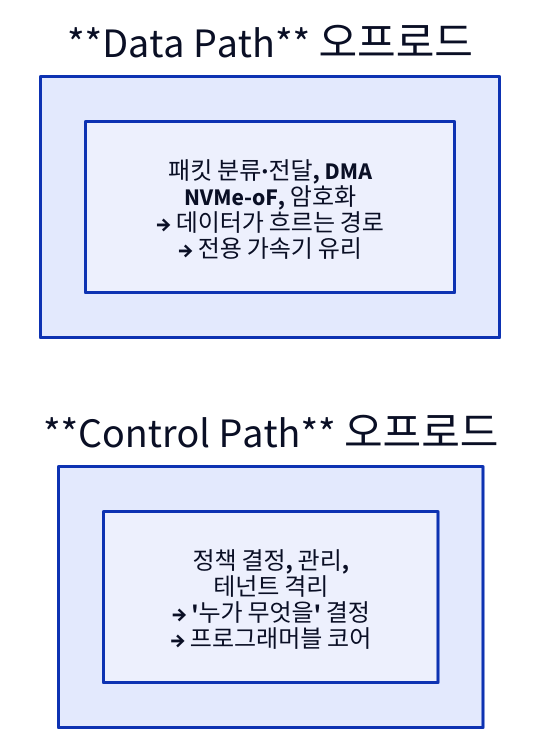
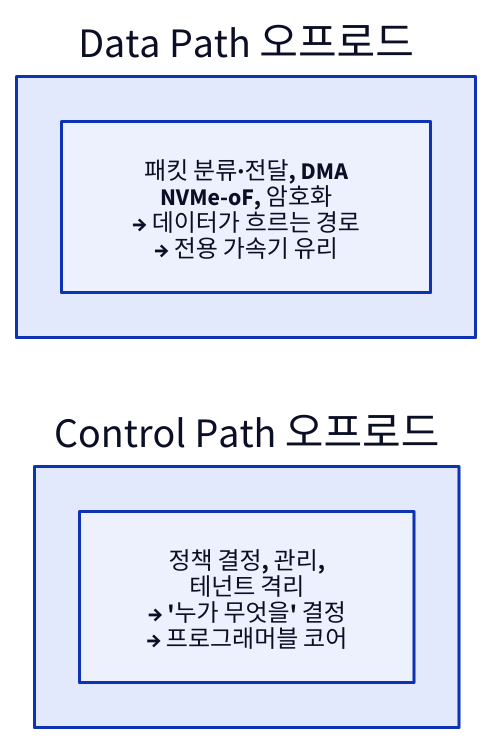
The third of 3 diagrams in starlight_site/src/content/docs/dpu/02_offload_domains.md (humbleowl39/DV_SKOOL), drawn with D2 before and after one commit. The commit also changed other lines of this file and 714 other files, not shown here.

First line of the commit message:
fix(site): d2 다이어그램 가독성 결함 6종 일괄 수정

````diff
--- a/starlight_site/src/content/docs/dpu/02_offload_domains.md
+++ b/starlight_site/src/content/docs/dpu/02_offload_domains.md
@@ -109,10 +109,10 @@
 ```d2
 direction: right
 
-DP: "**Data Path** 오프로드" {
+DP: "Data Path 오프로드" {
   d: "패킷 분류·전달, DMA\nNVMe-oF, 암호화\n→ 데이터가 흐르는 경로\n→ 전용 가속기 유리"
 }
-CP: "**Control Path** 오프로드" {
+CP: "Control Path 오프로드" {
   c: "정책 결정, 관리,\n테넌트 격리\n→ '누가 무엇을' 결정\n→ 프로그래머블 코어"
 }
 ```
````
